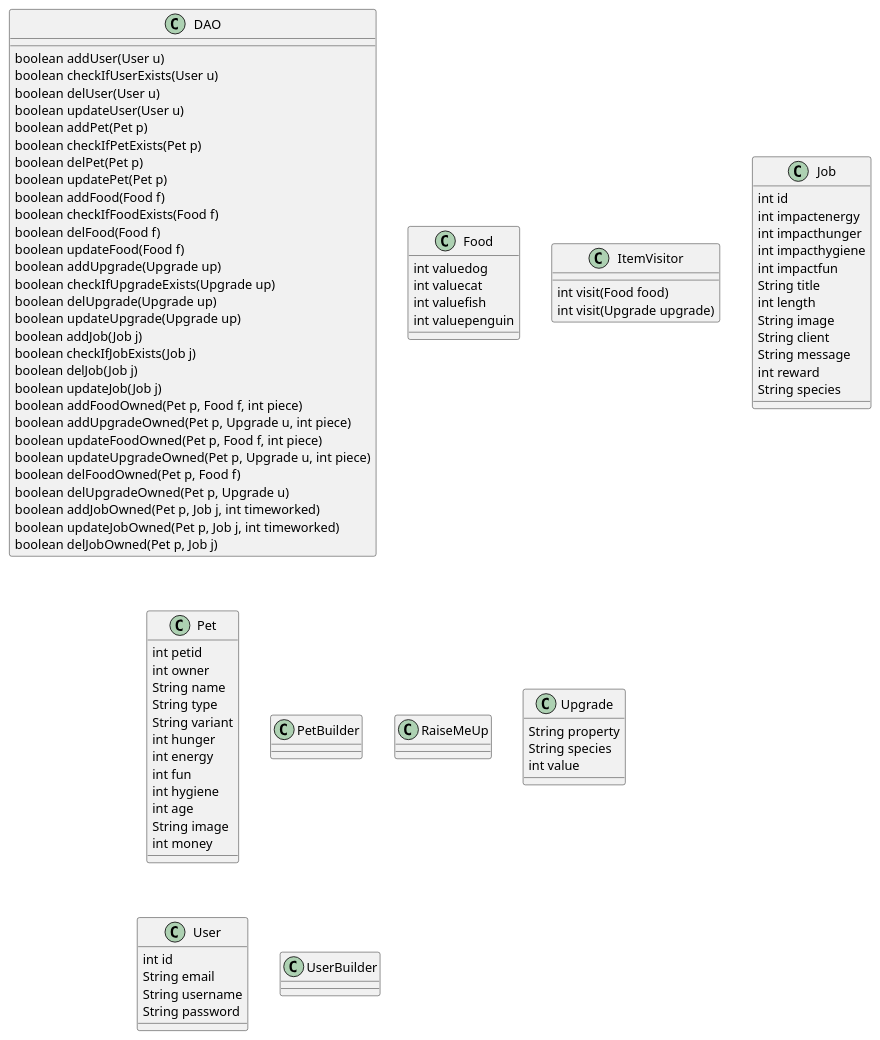
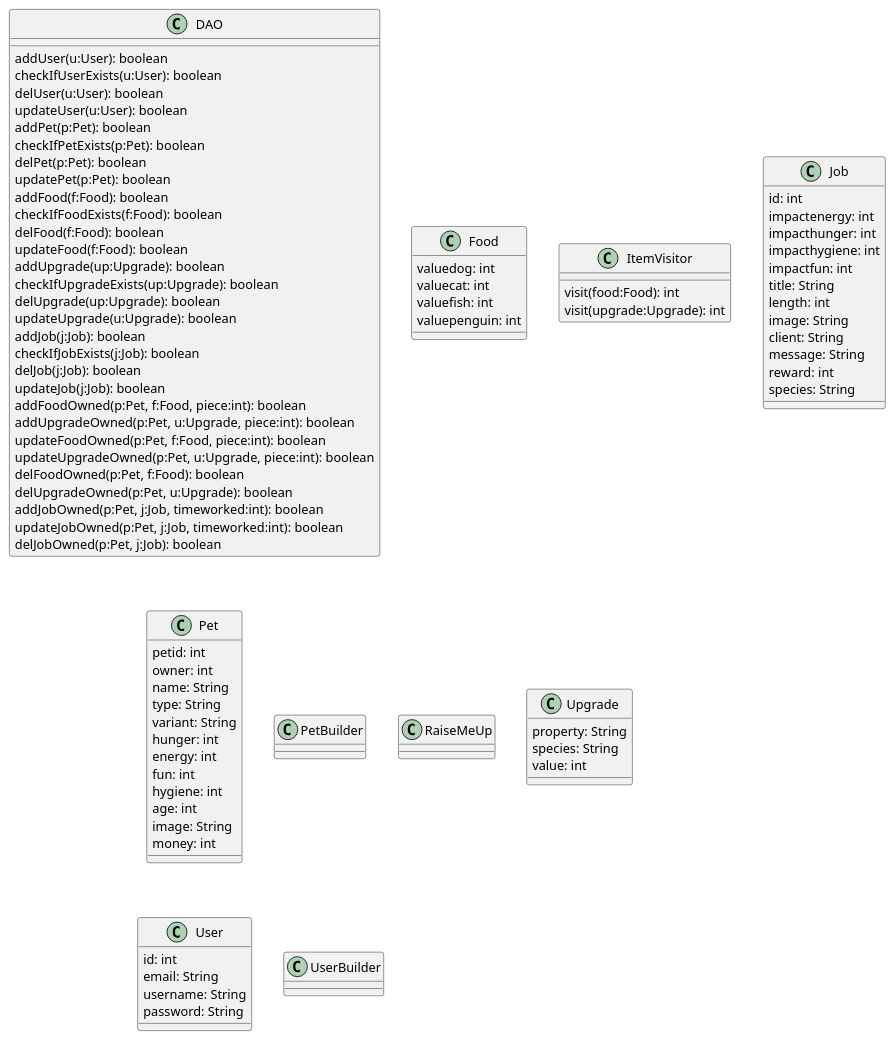
Before and after one commit to sh4r10/thesis-autogen-classdiagrams: the diagram in artefacts/controlled-experiment/project-2/t1-no-haf.puml, drawn with PlantUML. The commit also changed 15 other files, not shown here.

```diff
--- a/artefacts/controlled-experiment/project-2/t1-no-haf.puml
+++ b/artefacts/controlled-experiment/project-2/t1-no-haf.puml
@@ -1,88 +1,99 @@
 @startuml
+
 class DAO {
-    boolean addUser(User u)
-    boolean checkIfUserExists(User u)
-    boolean delUser(User u)
-    boolean updateUser(User u)
-    boolean addPet(Pet p)
-    boolean checkIfPetExists(Pet p)
-    boolean delPet(Pet p)
-    boolean updatePet(Pet p)
-    boolean addFood(Food f)
-    boolean checkIfFoodExists(Food f)
-    boolean delFood(Food f)
-    boolean updateFood(Food f)
-    boolean addUpgrade(Upgrade up)
-    boolean checkIfUpgradeExists(Upgrade up)
-    boolean delUpgrade(Upgrade up)
-    boolean updateUpgrade(Upgrade up)
-    boolean addJob(Job j)
-    boolean checkIfJobExists(Job j)
-    boolean delJob(Job j)
-    boolean updateJob(Job j)
-    boolean addFoodOwned(Pet p, Food f, int piece)
-    boolean addUpgradeOwned(Pet p, Upgrade u, int piece)
-    boolean updateFoodOwned(Pet p, Food f, int piece)
-    boolean updateUpgradeOwned(Pet p, Upgrade u, int piece)
-    boolean delFoodOwned(Pet p, Food f)
-    boolean delUpgradeOwned(Pet p, Upgrade u)
-    boolean addJobOwned(Pet p, Job j, int timeworked)
-    boolean updateJobOwned(Pet p, Job j, int timeworked)
-    boolean delJobOwned(Pet p, Job j)
+    addUser(u:User): boolean
+    checkIfUserExists(u:User): boolean
+    delUser(u:User): boolean
+    updateUser(u:User): boolean
+    addPet(p:Pet): boolean
+    checkIfPetExists(p:Pet): boolean
+    delPet(p:Pet): boolean
+    updatePet(p:Pet): boolean
+    addFood(f:Food): boolean
+    checkIfFoodExists(f:Food): boolean
+    delFood(f:Food): boolean
+    updateFood(f:Food): boolean
+    addUpgrade(up:Upgrade): boolean
+    checkIfUpgradeExists(up:Upgrade): boolean
+    delUpgrade(up:Upgrade): boolean
+    updateUpgrade(u:Upgrade): boolean
+    addJob(j:Job): boolean
+    checkIfJobExists(j:Job): boolean
+    delJob(j:Job): boolean
+    updateJob(j:Job): boolean
+    addFoodOwned(p:Pet, f:Food, piece:int): boolean
+    addUpgradeOwned(p:Pet, u:Upgrade, piece:int): boolean
+    updateFoodOwned(p:Pet, f:Food, piece:int): boolean
+    updateUpgradeOwned(p:Pet, u:Upgrade, piece:int): boolean
+    delFoodOwned(p:Pet, f:Food): boolean
+    delUpgradeOwned(p:Pet, u:Upgrade): boolean
+    addJobOwned(p:Pet, j:Job, timeworked:int): boolean
+    updateJobOwned(p:Pet, j:Job, timeworked:int): boolean
+    delJobOwned(p:Pet, j:Job): boolean
 }
+
 class Food {
-    int valuedog
-    int valuecat
-    int valuefish
-    int valuepenguin
+    valuedog: int
+    valuecat: int
+    valuefish: int
+    valuepenguin: int
 }
+
 class ItemVisitor {
-    int visit(Food food)
-    int visit(Upgrade upgrade)
+    visit(food:Food): int
+    visit(upgrade:Upgrade): int
 }
+
 class Job {
-    int id
-    int impactenergy
-    int impacthunger
-    int impacthygiene
-    int impactfun
-    String title
-    int length
-    String image
-    String client
-    String message
-    int reward
-    String species
+    id: int
+    impactenergy: int
+    impacthunger: int
+    impacthygiene: int
+    impactfun: int
+    title: String
+    length: int
+    image: String
+    client: String
+    message: String
+    reward: int
+    species: String
 }
+
 class Pet {
-    int petid
-    int owner
-    String name
-    String type
-    String variant
-    int hunger
-    int energy
-    int fun
-    int hygiene
-    int age
-    String image
-    int money
+    petid: int
+    owner: int
+    name: String
+    type: String
+    variant: String
+    hunger: int
+    energy: int
+    fun: int
+    hygiene: int
+    age: int
+    image: String
+    money: int
 }
+
 class PetBuilder {
 }
+
 class RaiseMeUp {
 }
+
 class Upgrade {
-    String property
-    String species
-    int value
+    property: String
+    species: String
+    value: int
 }
+
 class User {
-    int id
-    String email
-    String username
-    String password
+    id: int
+    email: String
+    username: String
+    password: String
 }
+
 class UserBuilder {
 }
+
 @enduml
```
